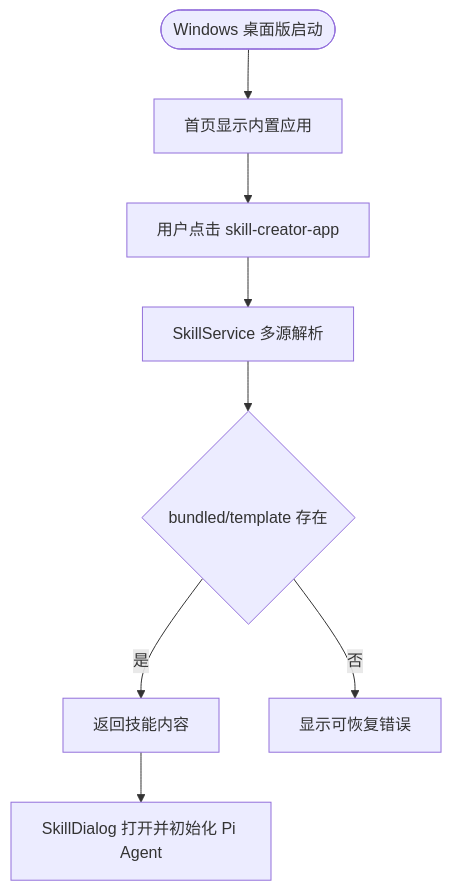
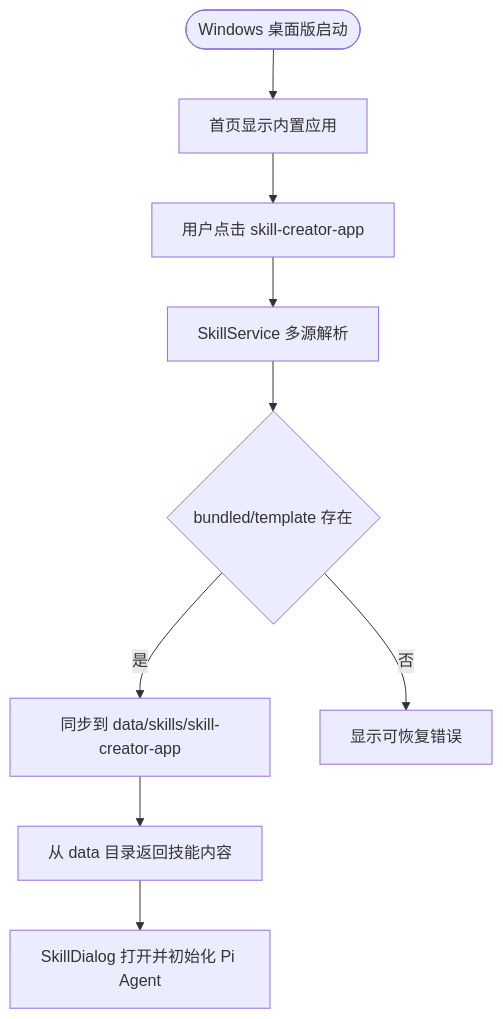
The diagram in docs/specs/epic-OS/story-OS.18/interaction.md (LavaCourage07/startupOS), drawn with Mermaid before and after one commit. The commit also changed other lines of this file and 53 other files, not shown here.

Commit message:
fix: materialize built-in skills before launch

````diff
--- a/docs/specs/epic-OS/story-OS.18/interaction.md
+++ b/docs/specs/epic-OS/story-OS.18/interaction.md
@@ -17,10 +17,11 @@
 ```mermaid
 flowchart TD
     Start([Windows 桌面版启动]) --> Home[首页显示内置应用]
     Home --> Click[用户点击 skill-creator-app]
     Click --> Resolve[SkillService 多源解析]
     Resolve --> Bundled{bundled/template 存在}
-    Bundled -->|是| Content[返回技能内容]
+    Bundled -->|是| Materialize[同步到 data/skills/skill-creator-app]
+    Materialize --> Content[从 data 目录返回技能内容]
     Content --> Dialog[SkillDialog 打开并初始化 Pi Agent]
     Bundled -->|否| Error[显示可恢复错误]
 ```
````
